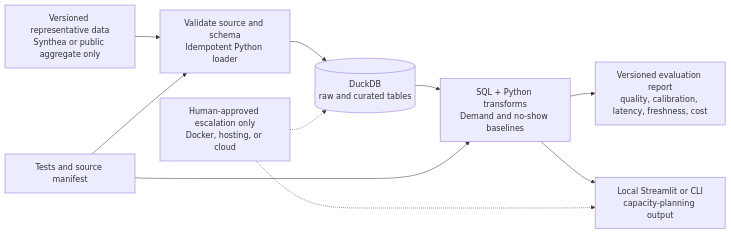
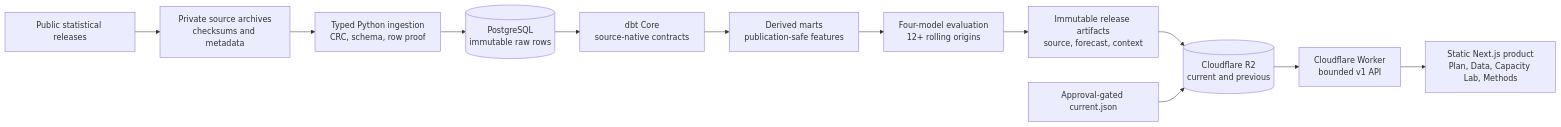
One commit to vaibhavkhuranaaa/healthcare-appointment-capacity-forecasting changed the diagram in architecture/system.mmd. Above: the diagram before and after it, drawn with Mermaid. The commit also changed 103 other files, not shown here.

```diff
--- a/architecture/system.mmd
+++ b/architecture/system.mmd
@@ -1,10 +1,12 @@
 flowchart LR
-  A["Versioned representative data\nSynthea or public aggregate only"] --> B["Validate source and schema\nIdempotent Python loader"]
-  B --> C[("DuckDB\nraw and curated tables")]
-  C --> D["SQL + Python transforms\nDemand and no-show baselines"]
-  D --> E["Versioned evaluation report\nquality, calibration, latency, freshness, cost"]
-  D --> F["Local Streamlit or CLI\ncapacity-planning output"]
-  G["Tests and source manifest"] --> B
-  G --> D
-  H["Human-approved escalation only\nDocker, hosting, or cloud"] -.-> C
-  H -.-> F
+  A["Public statistical releases"] --> B["Private source archives\nchecksums and metadata"]
+  B --> C["Typed Python ingestion\nCRC, schema, row proof"]
+  C --> D[("PostgreSQL\nimmutable raw rows")]
+  D --> E["dbt Core\nsource-native contracts"]
+  E --> F["Derived marts\npublication-safe features"]
+  F --> G["Four-model evaluation\n12+ rolling origins"]
+  G --> H["Immutable release artifacts\nsource, forecast, context"]
+  H --> I[("Cloudflare R2\ncurrent and previous")]
+  I --> J["Cloudflare Worker\nbounded v1 API"]
+  J --> K["Static Next.js product\nPlan, Data, Capacity Lab, Methods"]
+  L["Approval-gated current.json"] --> I
```
